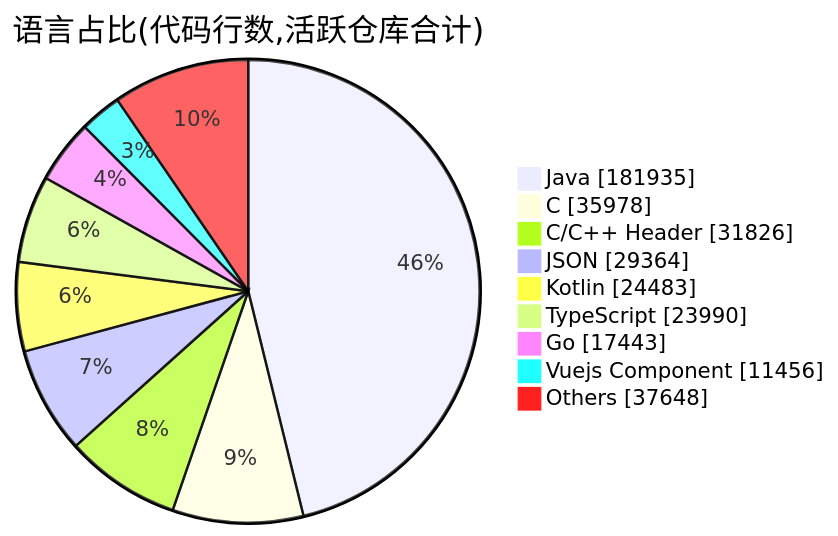
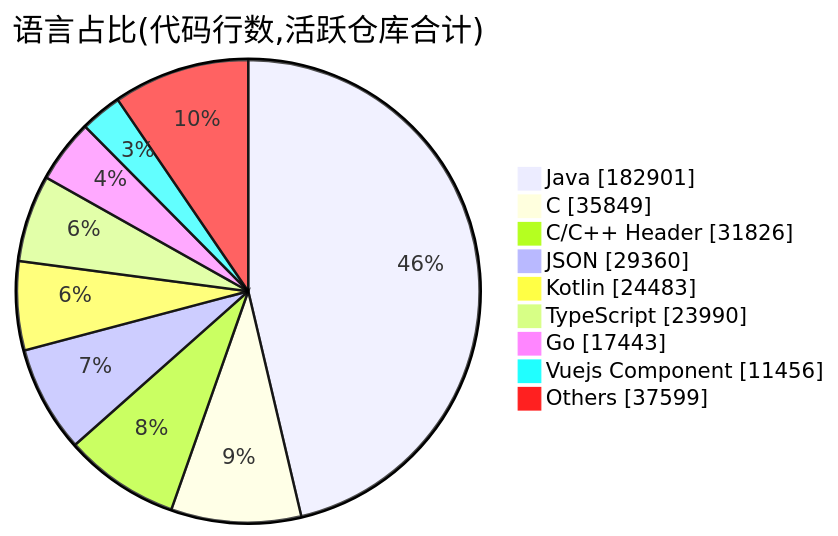
Before and after one commit to Conflux-Union/.github: the second of 2 diagrams in profile/README.md, drawn with Mermaid. The commit also changed other lines of this file and 1 other file, not shown here.

````diff
--- a/profile/README.md
+++ b/profile/README.md
@@ -83,13 +83,13 @@
 ```mermaid
 pie showData
     title 语言占比(代码行数,活跃仓库合计)
-    "Java" : 181935
-    "C" : 35978
+    "Java" : 182901
+    "C" : 35849
     "C/C++ Header" : 31826
-    "JSON" : 29364
+    "JSON" : 29360
     "Kotlin" : 24483
     "TypeScript" : 23990
     "Go" : 17443
     "Vuejs Component" : 11456
-    "Others" : 37648
+    "Others" : 37599
 ```
````
